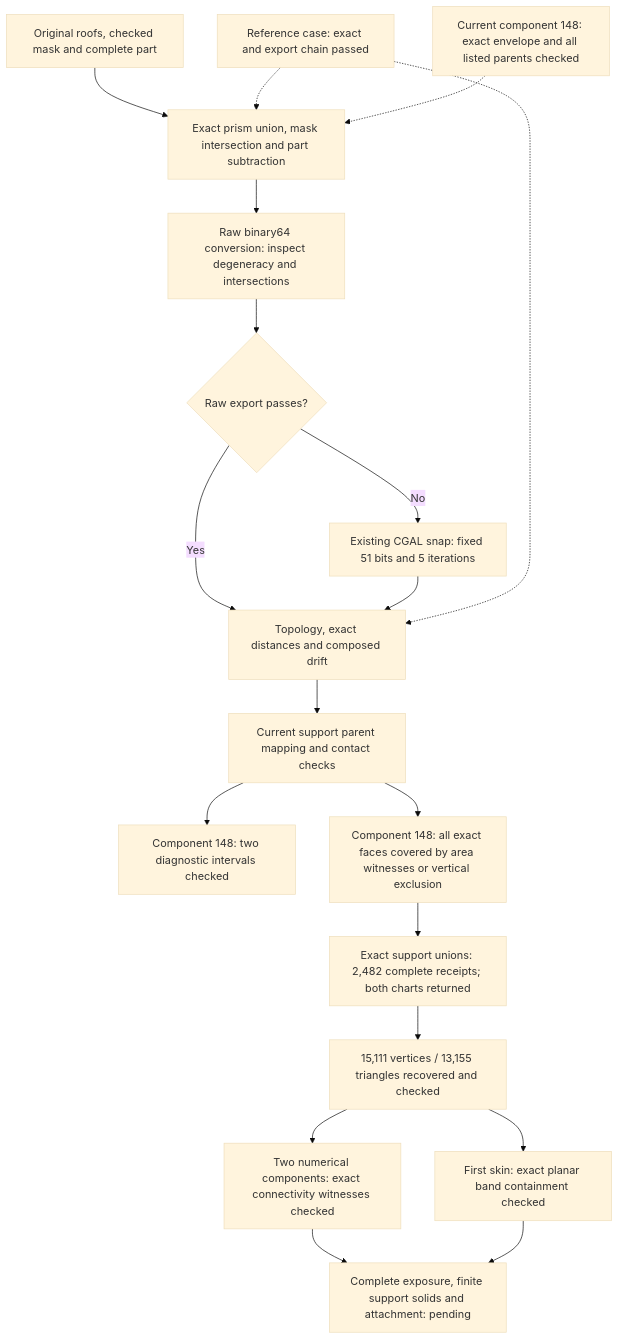
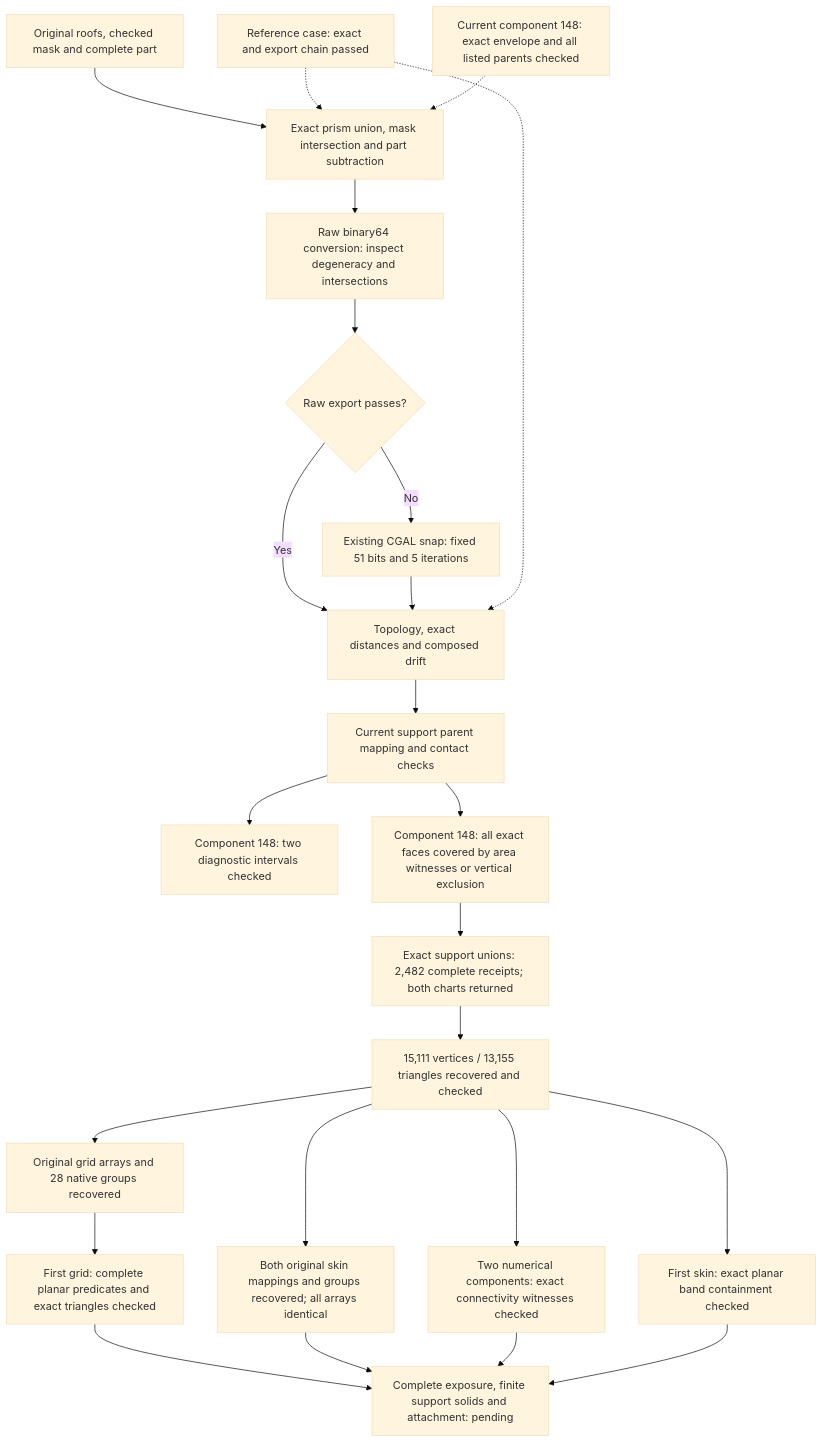
Before and after one commit to cluster2600/porscheparts: the diagram in docs/reports/carrier-current-support-projection-20261107.md, drawn with Mermaid (base theme). The commit also changed other lines of this file and 9 other files, not shown here.

Commit message:
Record complete H10 geometry and recovered native support metadata

````diff
--- a/docs/reports/carrier-current-support-projection-20261107.md
+++ b/docs/reports/carrier-current-support-projection-20261107.md
@@ -516,21 +589,26 @@
 ```mermaid
 flowchart TB
     INPUT["Original roofs, checked mask and complete part"] --> EXACT["Exact prism union, mask intersection and part subtraction"]
     EXACT --> RAW["Raw binary64 conversion: inspect degeneracy and intersections"]
     RAW --> EXPORT{"Raw export passes?"}
     EXPORT -->|"No"| SNAP["Existing CGAL snap: fixed 51 bits and 5 iterations"]
     EXPORT -->|"Yes"| CHECK
     SNAP --> CHECK["Topology, exact distances and composed drift"]
     CHECK --> CONTACT["Current support parent mapping and contact checks"]
     CONTACT --> SECTION["Component 148: two diagnostic intervals checked"]
     CONTACT --> FULL["Component 148: all exact faces covered by area witnesses or vertical exclusion"]
     FULL --> UNIONS["Exact support unions: 2,482 complete receipts; both charts returned"]
     UNIONS --> SHEETS["15,111 vertices / 13,155 triangles recovered and checked"]
     SHEETS --> GRAPH["Two numerical components: exact connectivity witnesses checked"]
     SHEETS --> BAND["First skin: exact planar band containment checked"]
+    SHEETS --> GRID["Original grid arrays and 28 native groups recovered"]
+    SHEETS --> SKINS["Both original skin mappings and groups recovered; all arrays identical"]
+    GRID --> UNITS["First grid: complete planar predicates and exact triangles checked"]
+    UNITS --> MATERIAL
+    SKINS --> MATERIAL
     GRAPH --> MATERIAL["Complete exposure, finite support solids and attachment: pending"]
     BAND --> MATERIAL
     CONTROL["Reference case: exact and export chain passed"] -.-> EXACT
     CONTROL -.-> CHECK
     CURRENT["Current component 148: exact envelope and all listed parents checked"] -.-> EXACT
 ```
````
